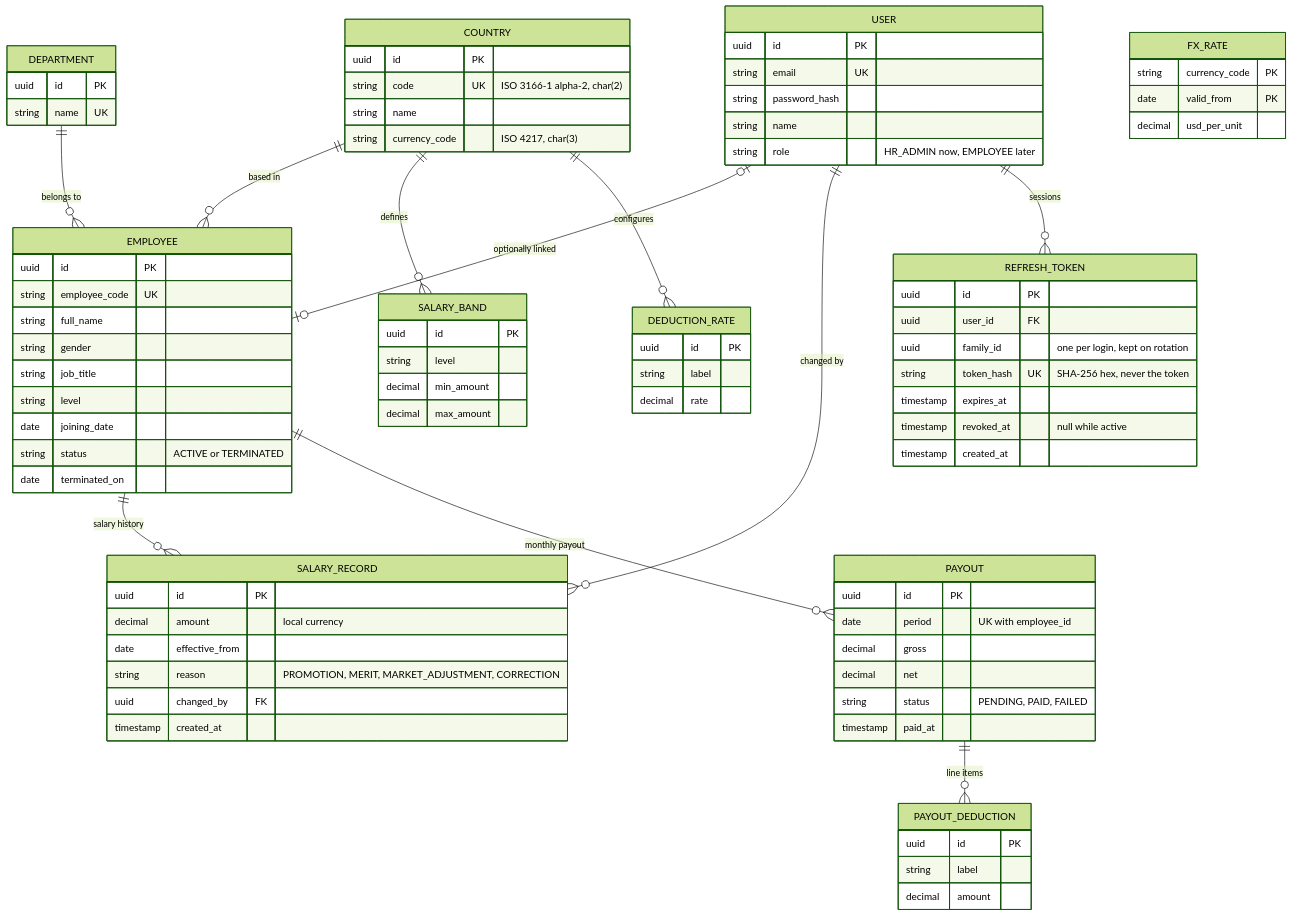
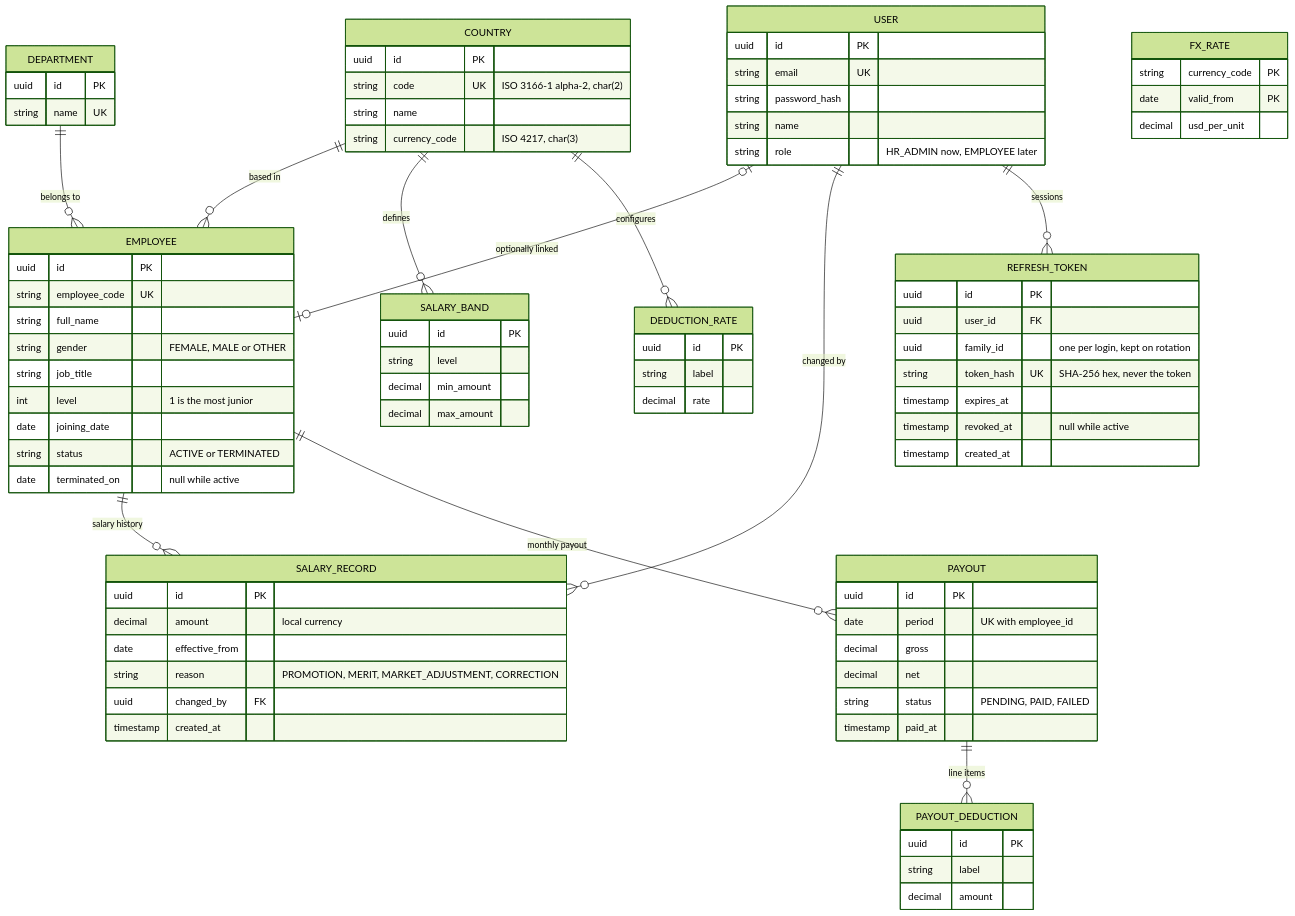
One commit to nishith7/acme-salary-management-app changed the fourth of 5 diagrams in docs/architecture.md. Above: the diagram before and after it, drawn with Mermaid (forest theme). The commit also changed other lines of this file and 6 other files, not shown here.

```diff
--- a/docs/architecture.md
+++ b/docs/architecture.md
@@ -80,12 +80,12 @@
     uuid id PK
     string employee_code UK
     string full_name
-    string gender
+    string gender "FEMALE, MALE or OTHER"
     string job_title
-    string level
+    int level "1 is the most junior"
     date joining_date
     string status "ACTIVE or TERMINATED"
-    date terminated_on
+    date terminated_on "null while active"
   }
   SALARY_RECORD {
     uuid id PK
```
